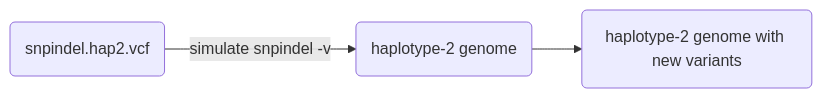
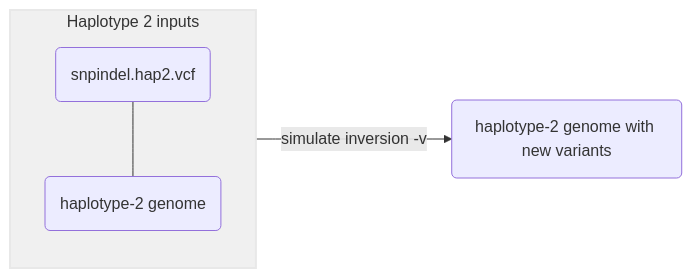
Before and after one commit to pdimens/harpy: the fifth of 5 diagrams in Modules/Simulate/simulate-variants.md, drawn with Mermaid. The commit also changed other lines of this file and 10 other files, not shown here.

Commit message:
make all the mermaids nicer

````diff
--- a/Modules/Simulate/simulate-variants.md
+++ b/Modules/Simulate/simulate-variants.md
@@ -255,5 +255,8 @@
 ```mermaid
 graph LR
-    hap1(snpindel.hap2.vcf)-->|simulate snpindel -v|geno
-    geno(haplotype-2 genome)-->genohap1(haplotype-2 genome with new variants)
+    subgraph id2 ["Haplotype 2 inputs"]
+    hap1(snpindel.hap2.vcf)---geno(haplotype-2 genome)
+    end
+    id2-->|simulate inversion -v|genohap2(haplotype-2 genome with new variants)
+    style id2 fill:#f0f0f0,stroke:#e8e8e8,stroke-width:2px
 ```
````
